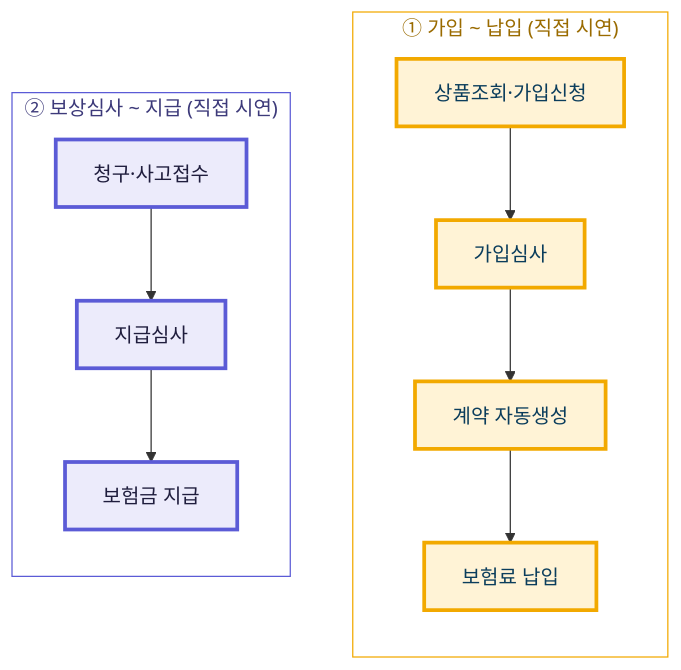
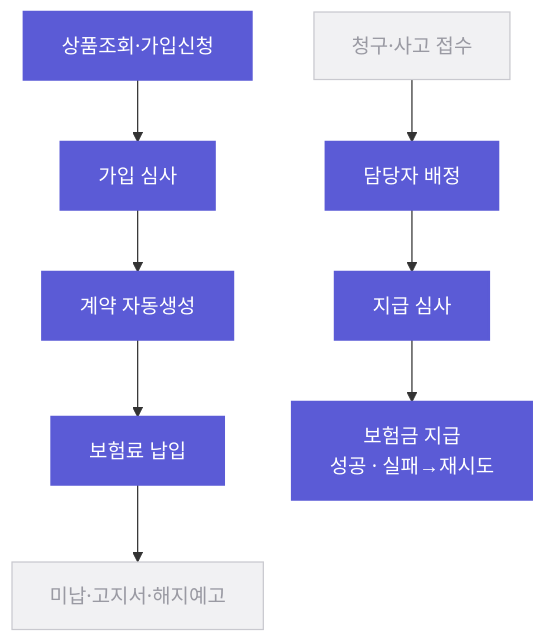
Before and after one commit to heyoonyoon/distributed-programming: the diagram in docs/presentation/diagrams/uc-map.mmd, drawn with Mermaid. The commit also changed 3 other files, not shown here.

```diff
--- a/docs/presentation/diagrams/uc-map.mmd
+++ b/docs/presentation/diagrams/uc-map.mmd
@@ -1,20 +1,6 @@
 flowchart TB
-  subgraph S1["① 가입 ~ 납입  (직접 시연)"]
-    direction TB
-    a1["상품조회·가입신청"]:::demo1
-    b1["가입심사"]:::demo1
-    c1["계약 자동생성"]:::demo1
-    a2["보험료 납입"]:::demo1
-    a1 --> b1 --> c1 --> a2
-  end
-  subgraph S2["② 보상심사 ~ 지급  (직접 시연)"]
-    direction TB
-    a3["청구·사고접수"]:::demo2
-    b2["지급심사"]:::demo2
-    c2["보험금 지급"]:::demo2
-    a3 --> b2 --> c2
-  end
-  classDef demo1 fill:#fff3d6,stroke:#f2a900,stroke-width:3px,color:#0b3d5c;
-  classDef demo2 fill:#ecebfb,stroke:#5b5bd6,stroke-width:3px,color:#1f1d3d;
-  style S1 fill:#ffffff,stroke:#f2a900,stroke-width:1px,color:#9a6b00;
-  style S2 fill:#ffffff,stroke:#5b5bd6,stroke-width:1px,color:#3d3a7a;
+  a0["상품조회·가입신청"]:::demo --> a1["가입 심사"]:::demo --> a2["계약 자동생성"]:::demo --> a3["보험료 납입"]:::demo --> a4["미납·고지서·해지예고"]:::off
+  b0["청구·사고 접수"]:::off --> b1["담당자 배정"]:::demo --> b2["지급 심사"]:::demo --> b3["보험금 지급<br/>성공 · 실패→재시도"]:::demo
+
+  classDef demo fill:#5b5bd6,stroke:#5b5bd6,stroke-width:2px,color:#ffffff;
+  classDef off fill:#f1f1f3,stroke:#c9c9cf,stroke-width:1px,color:#9a9aa3;
```
